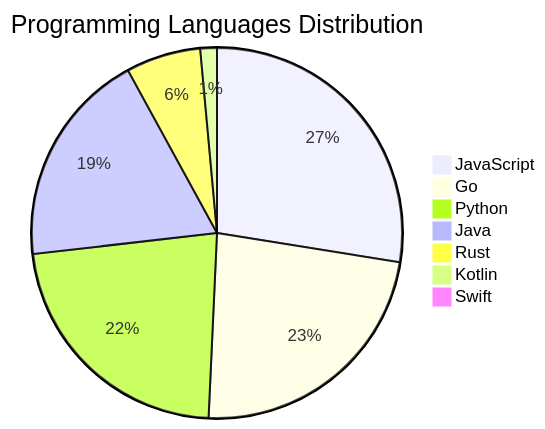
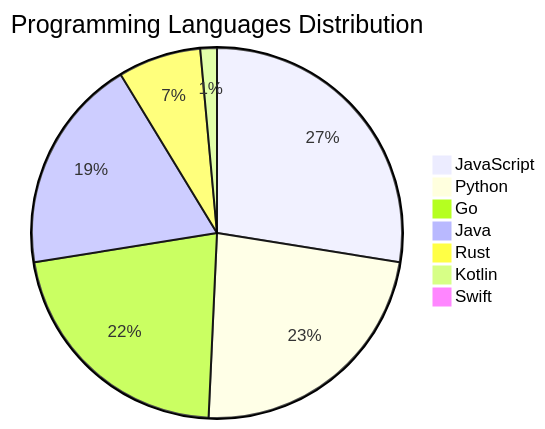
The diagram in README.md (Derrick-MUGISHA/github-activity-bot), drawn with Mermaid before and after one commit. The commit also changed other lines of this file and 4 other files, not shown here.

````diff
--- a/README.md
+++ b/README.md
@@ -207,10 +207,10 @@
 ```mermaid
 pie title Programming Languages Distribution
     "JavaScript" : 38
-    "Go" : 32
-    "Python" : 31
+    "Python" : 32
+    "Go" : 30
     "Java" : 26
-    "Rust" : 9
+    "Rust" : 10
     "Kotlin" : 2
     "Swift" : 1
 ```
````
